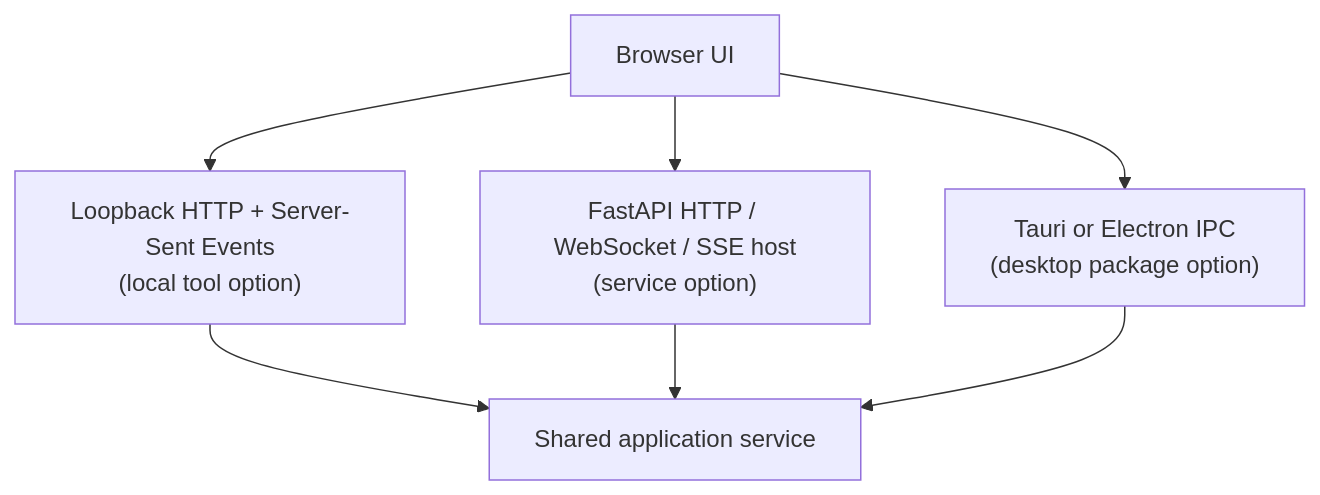
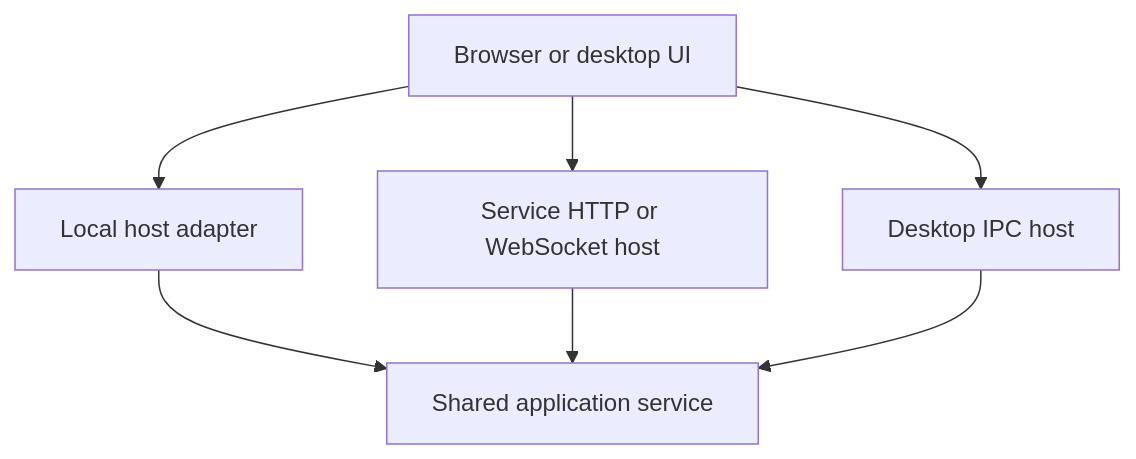
Before and after one commit to warith-harchaoui/best-engine-ai-helper: the second of 2 diagrams in references/CODING.md, drawn with Mermaid. The commit also changed other lines of this file and 5 other files, not shown here.

````diff
--- a/references/CODING.md
+++ b/references/CODING.md
@@ -1796,9 +665,9 @@
 ```mermaid
 flowchart TD
-    UI["Browser UI"] --> LOCAL["Loopback HTTP + Server-Sent Events<br/>(local tool option)"]
-    UI --> WEB["FastAPI HTTP / WebSocket / SSE host<br/>(service option)"]
-    UI --> DESKTOP["Tauri or Electron IPC<br/>(desktop package option)"]
+    UI["Browser or desktop UI"] --> LOCAL["Local host adapter"]
+    UI --> WEB["Service HTTP or WebSocket host"]
+    UI --> DESKTOP["Desktop IPC host"]
     LOCAL --> APP["Shared application service"]
     WEB --> APP
     DESKTOP --> APP
 ```
````
